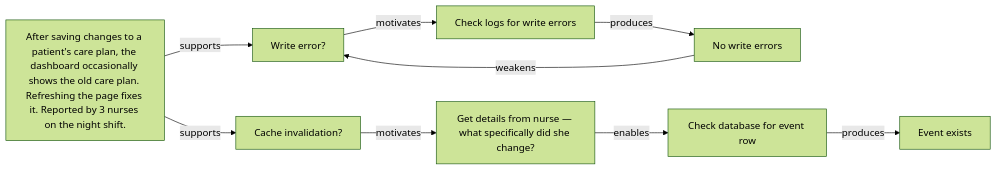
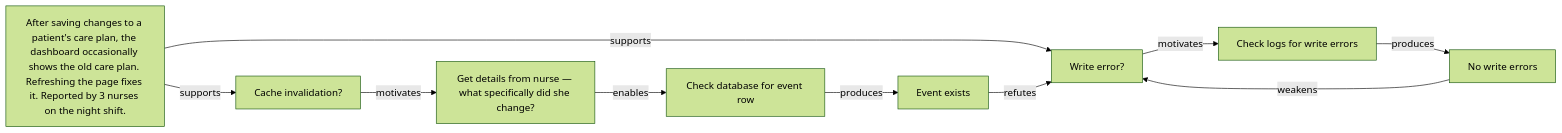
The diagram in diagrams/bug.mmd (kahunacohen/why), drawn with Mermaid (forest theme) before and after one commit.

```diff
--- a/diagrams/bug.mmd
+++ b/diagrams/bug.mmd
@@ -1,28 +1,30 @@
 %% Bug report: After saving changes to a patient's care plan, the dashboard occasionally shows the old care plan. Refreshing the page fixes it. Reported by 3 nurses on the night shift.
 %% Root cause: The care plan save endpoint updates a care_plan_notes table but doesn't touch the main care_plans record. The cache invalidation job checks care_plans.updated_at to decide what to evict. Since that timestamp never changes, the job skips it, and the cache keeps
 %% serving the old care plan.
 
 flowchart LR
 
 B1["After saving changes to a patient's care plan, the dashboard occasionally shows the old care plan. Refreshing the page fixes it. Reported by 3 nurses on the night shift."]
 H1["Write error?"]
 H2["Cache invalidation?"]
 
 B1 --> |supports| H1
 B1 --> |supports| H2
 
 A1["Check logs for write errors"]
 H1 --> |motivates| A1
 
 O1["No write errors"]
 A1 --> |produces| O1
 O1 --> |weakens| H1
 
 H2--> |motivates| A2
 
 A2["Get details from nurse — what specifically did she change?"]
 A3["Check database for event row"]
 A2 --> |enables| A3 
 
 O2["Event exists"]
 A3 --> |produces| O2
+
+O2 --> |refutes| H1
```
